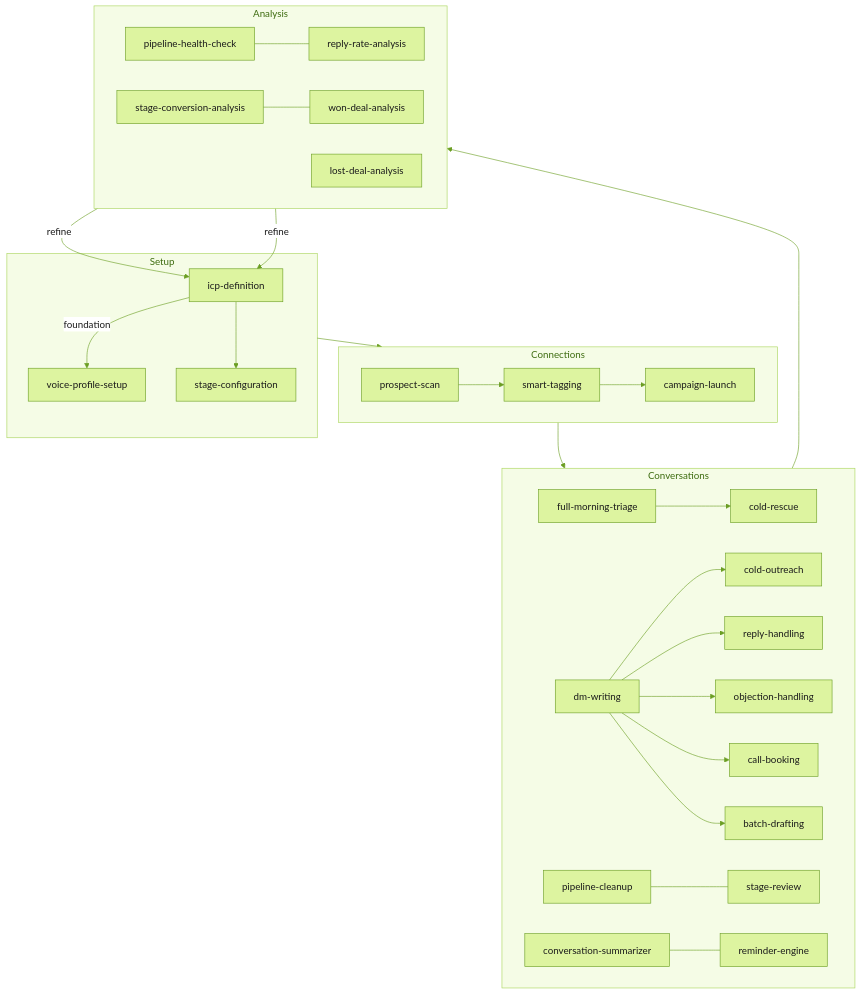
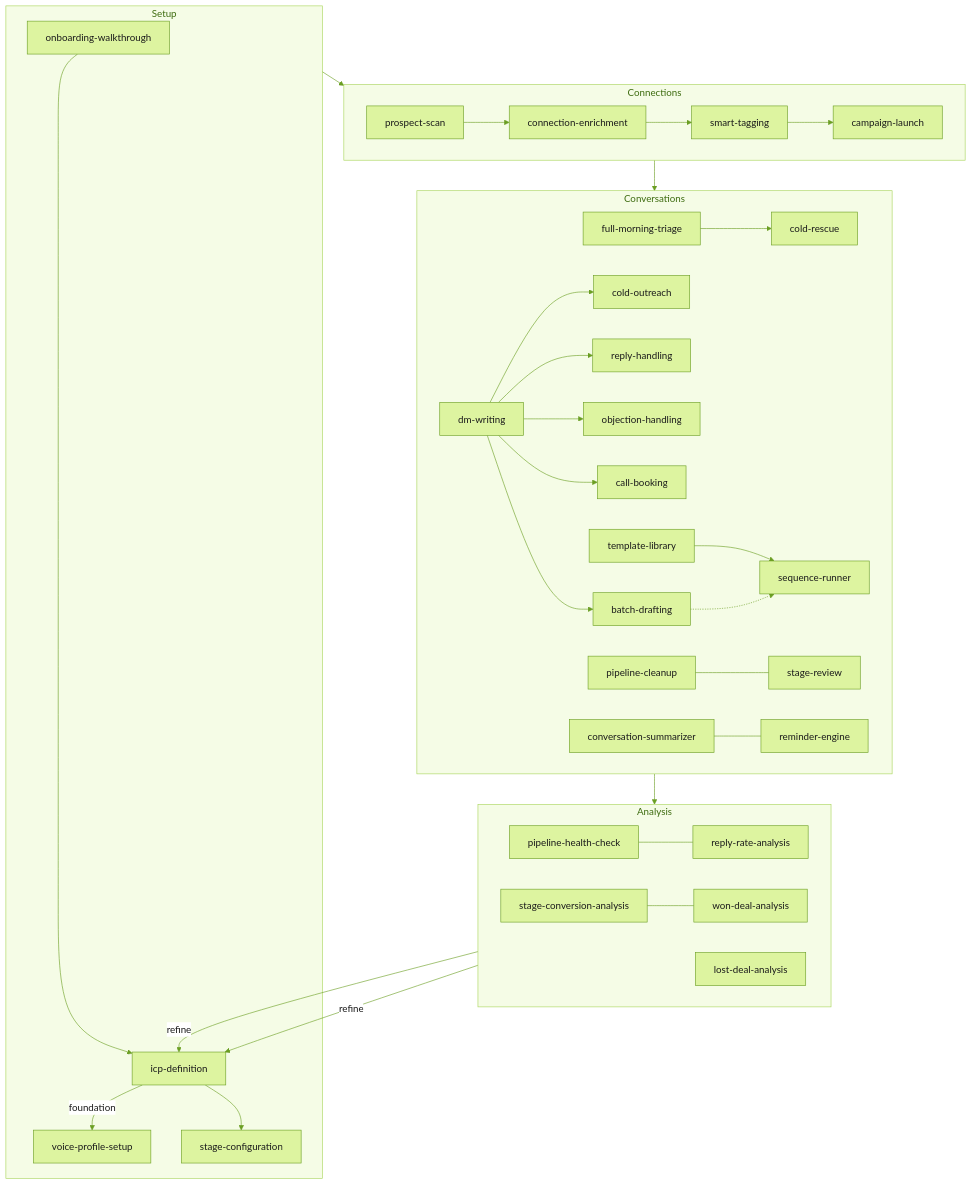
One commit to stvbutlr/linkninja-skills changed the diagram in README.md. Above: the diagram before and after it, drawn with Mermaid. The commit also changed other lines of this file and 5 other files, not shown here.

````diff
--- a/README.md
+++ b/README.md
@@ -112,46 +116,50 @@
 ```mermaid
 %%{init: {'theme': 'base', 'themeVariables': {
   'primaryColor': '#ddf4a0',
   'primaryTextColor': '#1a1a1a',
   'primaryBorderColor': '#6b9e23',
   'lineColor': '#6b9e23',
   'clusterBkg': '#f5fce6',
   'clusterBorder': '#a8d45a',
   'titleColor': '#3d6b0f',
   'edgeLabelBackground': '#ffffff',
   'fontFamily': 'JetBrains Mono, monospace'
 }}}%%
 flowchart TD
     subgraph Setup
-        ICP[icp-definition] -->|foundation| VP[voice-profile-setup]
+        OW[onboarding-walkthrough] --> ICP[icp-definition]
+        ICP -->|foundation| VP[voice-profile-setup]
         ICP --> SC[stage-configuration]
     end
 
     subgraph Connections
-        PS[prospect-scan] --> ST[smart-tagging]
+        PS[prospect-scan] --> CE[connection-enrichment]
+        CE --> ST[smart-tagging]
         ST --> CL[campaign-launch]
     end
 
     subgraph Conversations
         direction LR
         FMT[full-morning-triage] --> CR[cold-rescue]
         DM[dm-writing] --> CO[cold-outreach]
         DM --> RH[reply-handling]
         DM --> OH[objection-handling]
         DM --> CB[call-booking]
         DM --> BD[batch-drafting]
+        TL[template-library] --> SQR[sequence-runner]
+        BD -.-> SQR
         PC[pipeline-cleanup] --- SR[stage-review]
         CS[conversation-summarizer] --- RE[reminder-engine]
     end
 
     subgraph Analysis
         direction LR
         PHC[pipeline-health-check] --- RRA[reply-rate-analysis]
         SCA[stage-conversion-analysis] --- WDA[won-deal-analysis]
         LDA[lost-deal-analysis]
     end
 
     Setup --> Connections --> Conversations --> Analysis
     WDA -->|refine| ICP
     LDA -->|refine| ICP
 ```
````
